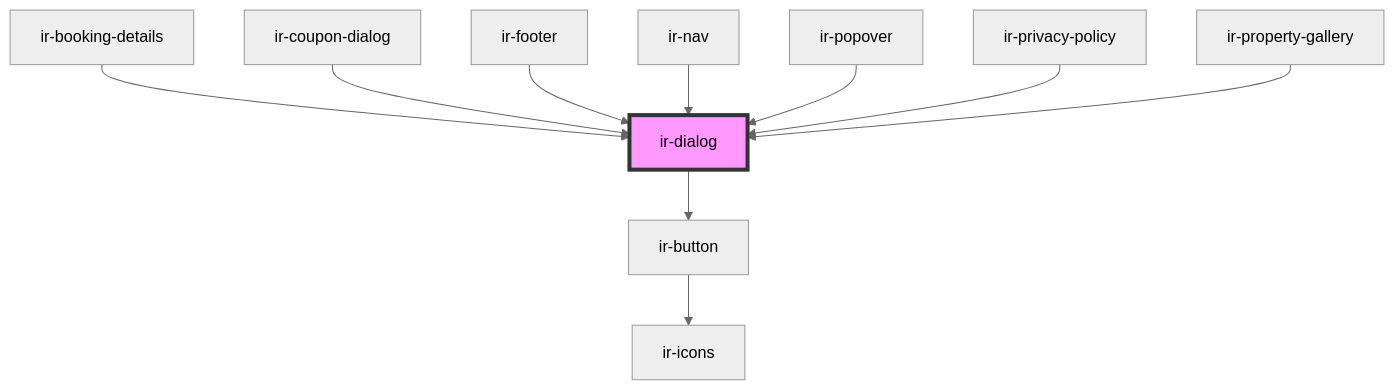
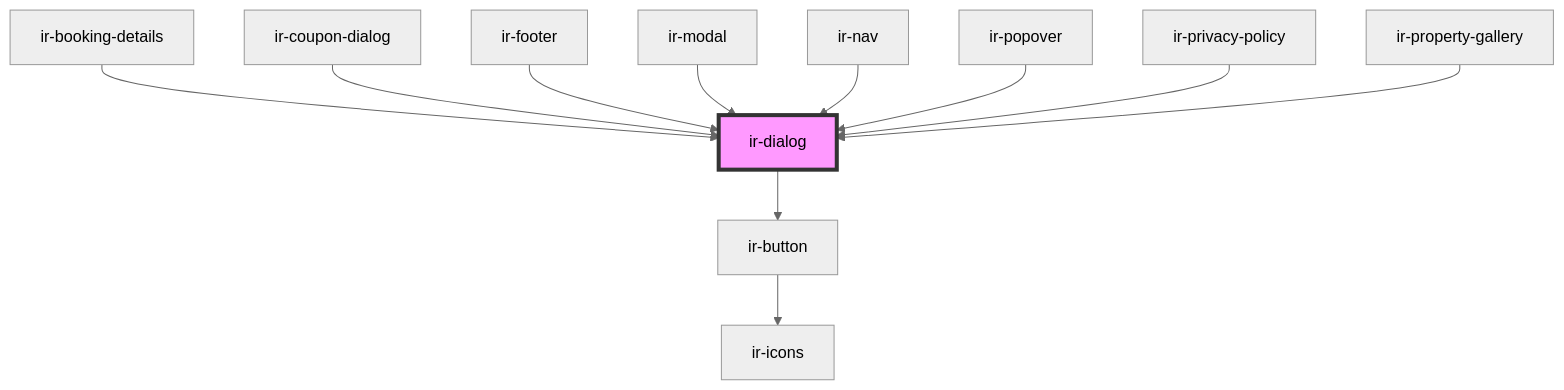
Before and after one commit to RonyRizk/ir-be: the diagram in src/components/ui/ir-dialog/readme.md, drawn with Mermaid (neutral theme). The commit also changed other lines of this file and 144 other files, not shown here.

````diff
--- a/src/components/ui/ir-dialog/readme.md
+++ b/src/components/ui/ir-dialog/readme.md
@@ -62,13 +63,14 @@
 ```mermaid
 graph TD;
   ir-dialog --> ir-button
   ir-button --> ir-icons
   ir-booking-details --> ir-dialog
   ir-coupon-dialog --> ir-dialog
   ir-footer --> ir-dialog
+  ir-modal --> ir-dialog
   ir-nav --> ir-dialog
   ir-popover --> ir-dialog
   ir-privacy-policy --> ir-dialog
   ir-property-gallery --> ir-dialog
   style ir-dialog fill:#f9f,stroke:#333,stroke-width:4px
 ```
````
